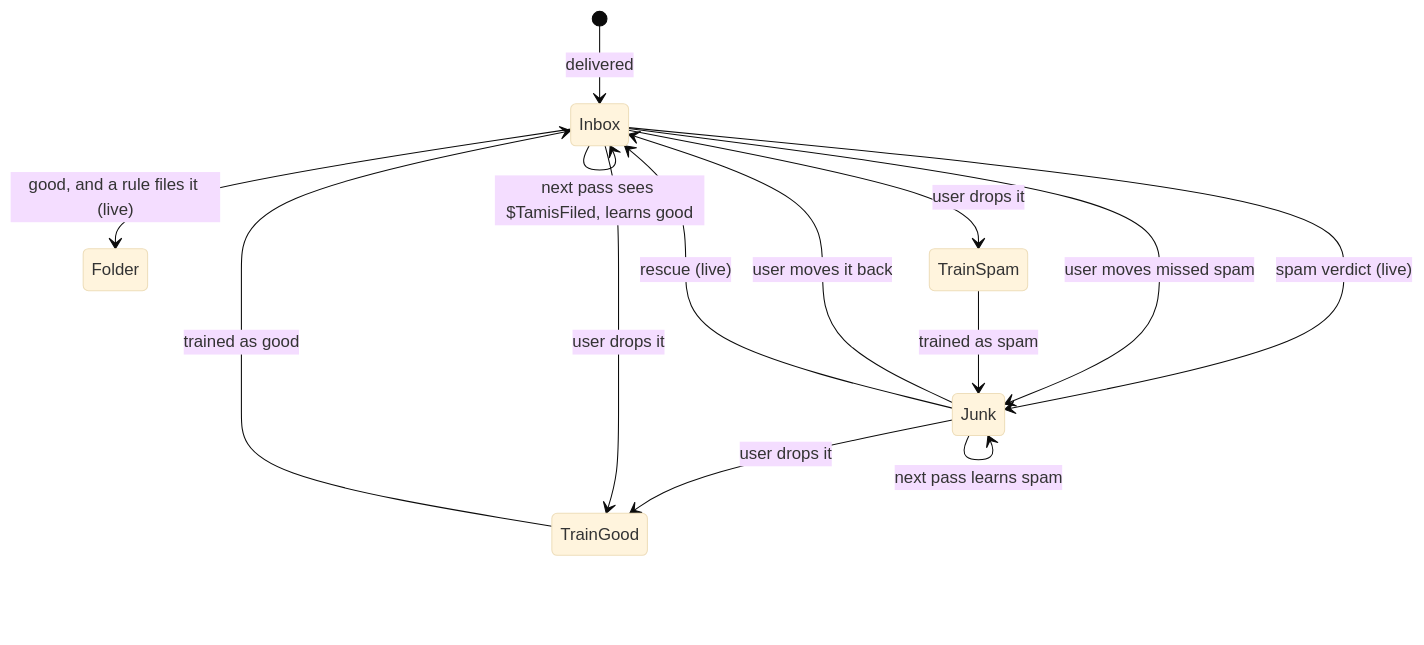
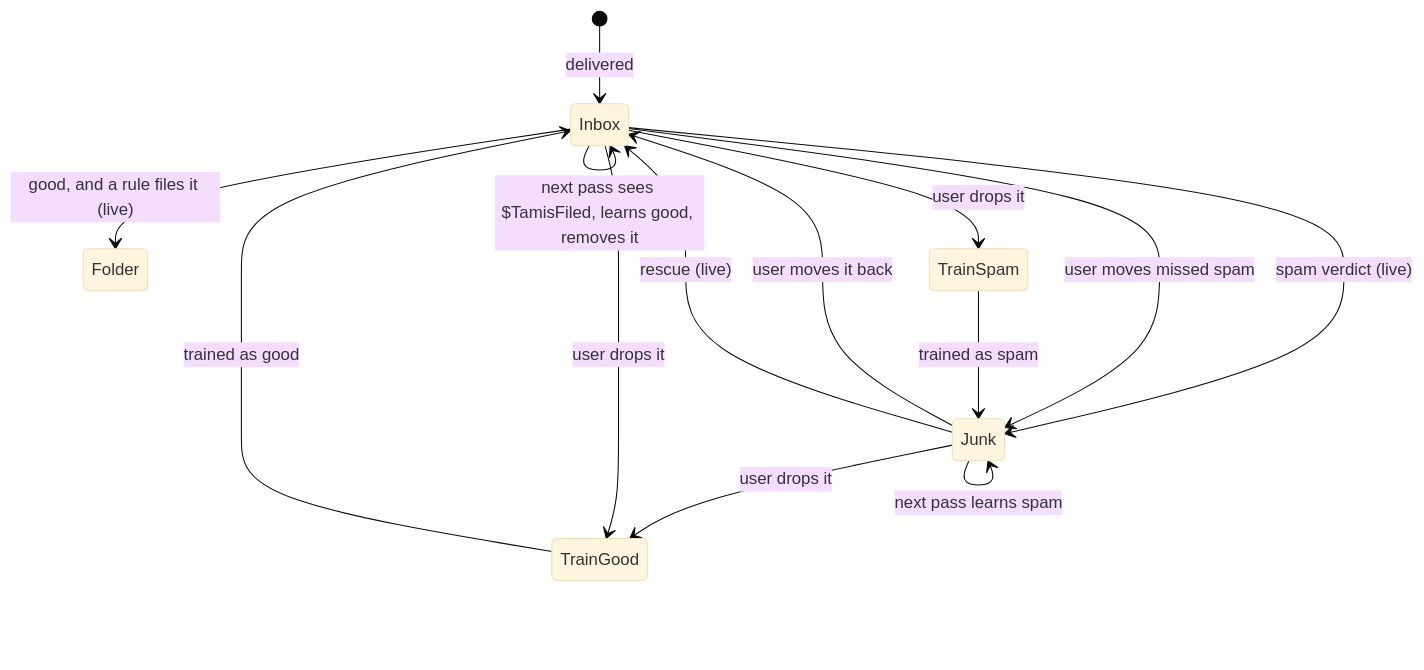
Before and after one commit to hugoh/tamis: the ninth of 10 diagrams in docs/engine.md, drawn with Mermaid (base theme). The commit also changed other lines of this file and 383 other files, not shown here.

````diff
--- a/docs/engine.md
+++ b/docs/engine.md
@@ -377,16 +384,16 @@
 ```mermaid
 stateDiagram-v2
     [*] --> Inbox: delivered
     Inbox --> Junk: spam verdict (live)
     Inbox --> Folder: good, and a rule files it (live)
     Junk --> Inbox: user moves it back
-    Inbox --> Inbox: next pass sees $TamisFiled, learns good
+    Inbox --> Inbox: next pass sees $TamisFiled, learns good, removes it
     Inbox --> Junk: user moves missed spam
     Junk --> Junk: next pass learns spam
     Junk --> Inbox: rescue (live)
     Inbox --> TrainSpam: user drops it
     Junk --> TrainGood: user drops it
     Inbox --> TrainGood: user drops it
     TrainSpam --> Junk: trained as spam
     TrainGood --> Inbox: trained as good
 ```
````
